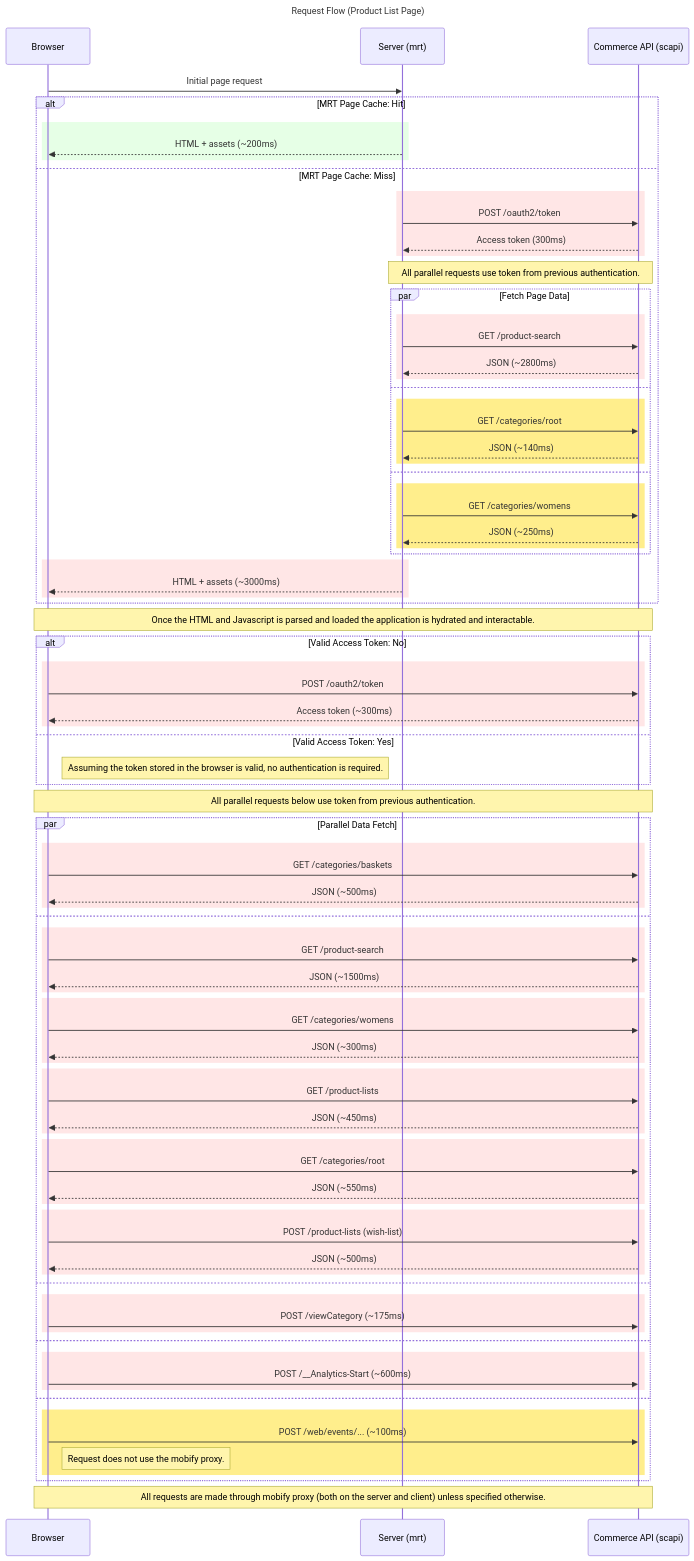
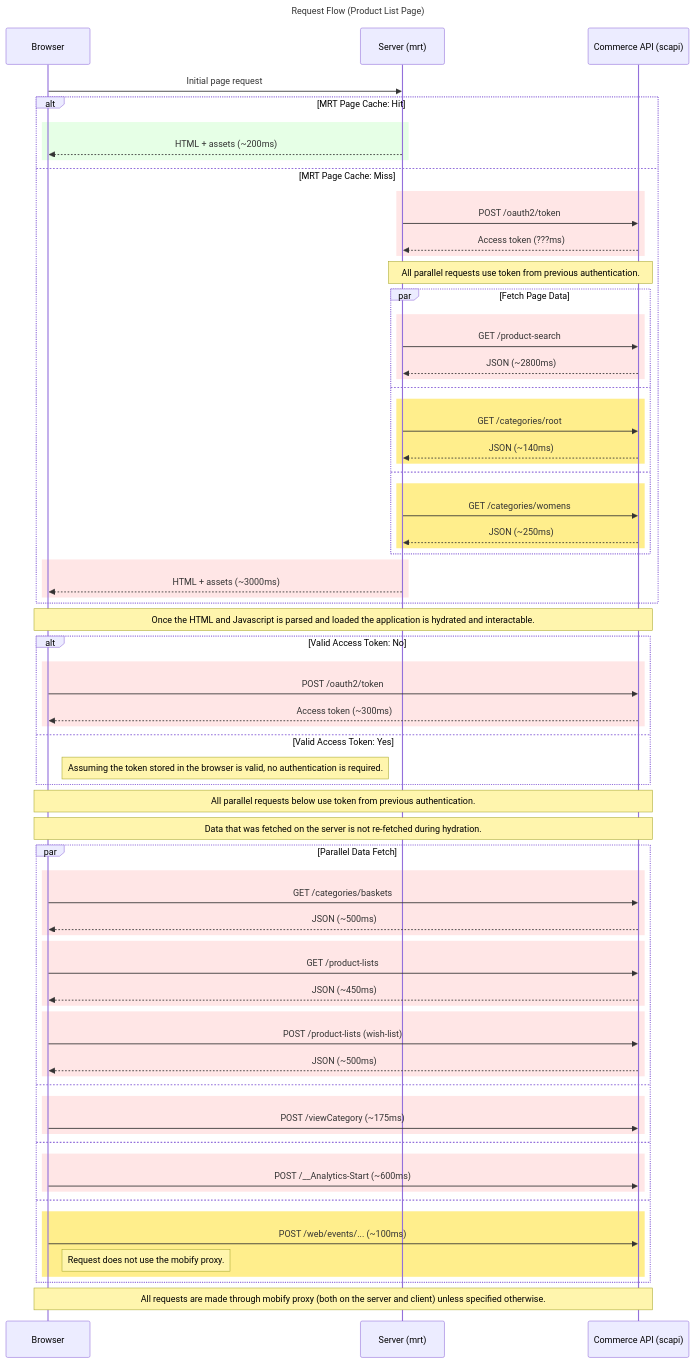
The diagram in packages/template-retail-react-app/app/pages/product-list/README.md (dannyphan2000/pwa-kit), drawn with Mermaid before and after one commit. The commit also changed 2 other files, not shown here.

Commit message:
Update flows to remove erroneous re-fetching for server data.

```diff
--- a/packages/template-retail-react-app/app/pages/product-list/README.md
+++ b/packages/template-retail-react-app/app/pages/product-list/README.md
@@ -46,7 +46,7 @@
     else MRT Page Cache: Miss
       rect rgb(255,230,230)
         MRT->>SCAPI: POST /oauth2/token
-        SCAPI-->>MRT: Access token (300ms)
+        SCAPI-->>MRT: Access token (???ms)
       end 
       
       Note over MRT,SCAPI: All parallel requests use token from previous authentication.
@@ -89,6 +89,7 @@
     end 
 
     Note over Browser,SCAPI: All parallel requests below use token from previous authentication.
+    Note over Browser,SCAPI: Data that was fetched on the server is not re-fetched during hydration.
 
     par Parallel Data Fetch
 
@@ -97,25 +98,9 @@
         SCAPI-->>Browser: JSON (~500ms)
       end 
 
-      and
-      rect rgb(255,230,230)
-        Browser->>SCAPI: GET /product-search
-        SCAPI-->>Browser: JSON (~1500ms)
-      end 
-
-      rect rgb(255,230,230)
-        Browser->>SCAPI: GET /categories/womens
-        SCAPI-->>Browser: JSON (~300ms)
-      end 
-
       rect rgb(255,230,230)
         Browser->>SCAPI: GET /product-lists
         SCAPI-->>Browser: JSON (~450ms)
-      end 
-
-      rect rgb(255,230,230)
-        Browser->>SCAPI: GET /categories/root
-        SCAPI-->>Browser: JSON (~550ms)
       end 
 
       rect rgb(255,230,230)
```
